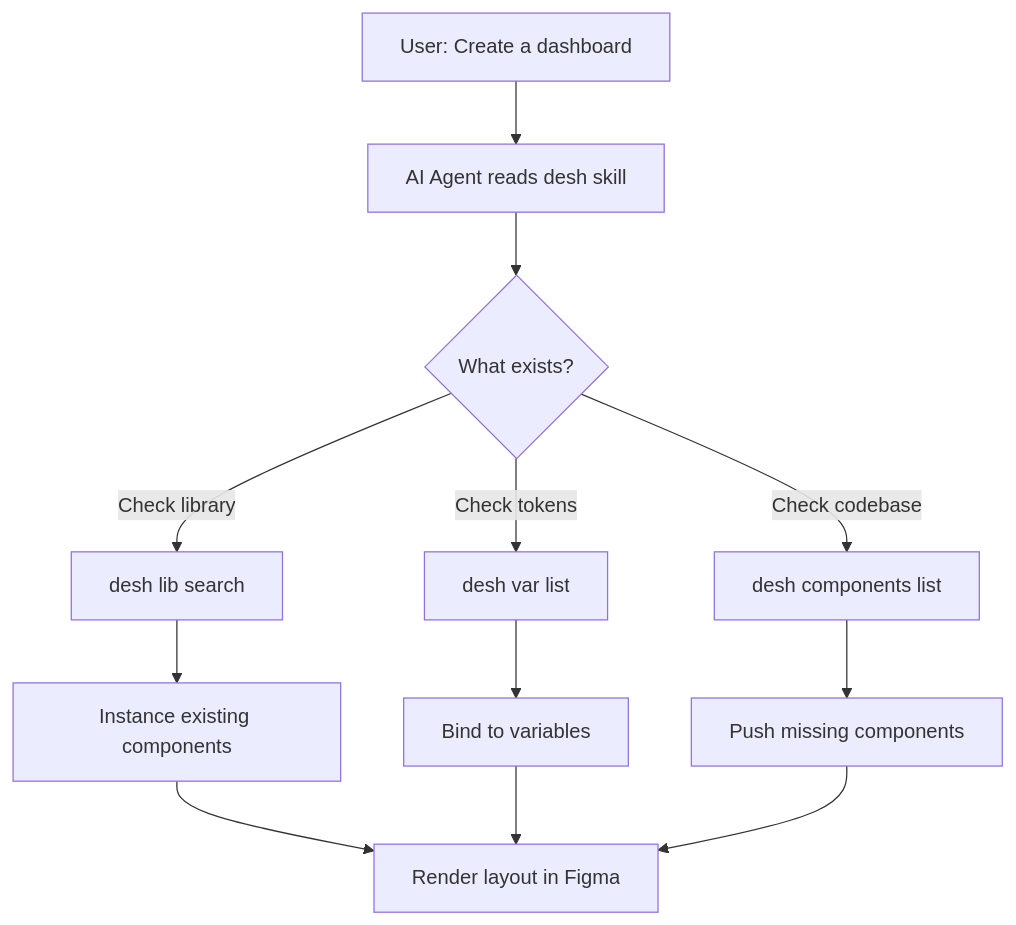
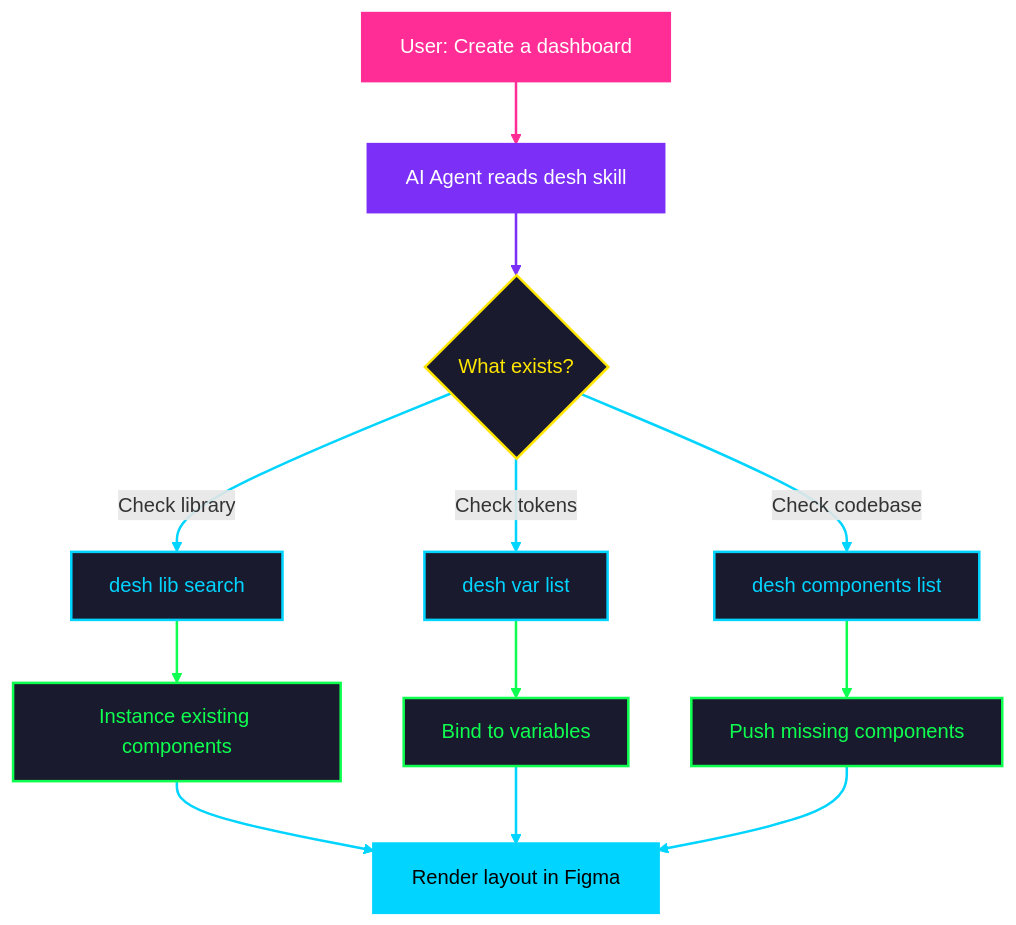
The second of 2 diagrams in README.md (scanadi/scanadi-desh-cli), drawn with Mermaid before and after one commit. The commit also changed other lines of this file, not shown here.

Commit message:
docs: cyberpunk neon colors on mermaid diagrams

````diff
--- a/README.md
+++ b/README.md
@@ -283,14 +293,33 @@
 ```mermaid
 graph TD
-    A[User: Create a dashboard] --> B[AI Agent reads desh skill]
-    B --> C{What exists?}
-    C -->|Check library| D[desh lib search]
-    C -->|Check tokens| E[desh var list]
-    C -->|Check codebase| F[desh components list]
-    D --> G[Instance existing components]
-    E --> H[Bind to variables]
-    F --> I[Push missing components]
-    G --> J[Render layout in Figma]
+    A[User: Create a dashboard]:::neonPink --> B[AI Agent reads desh skill]:::neonPurple
+    B --> C{What exists?}:::neonYellow
+    C -->|Check library| D[desh lib search]:::neonBlue
+    C -->|Check tokens| E[desh var list]:::neonBlue
+    C -->|Check codebase| F[desh components list]:::neonBlue
+    D --> G[Instance existing components]:::neonGreen
+    E --> H[Bind to variables]:::neonGreen
+    F --> I[Push missing components]:::neonGreen
+    G --> J[Render layout in Figma]:::neonCyan
     H --> J
     I --> J
+
+    classDef neonPink fill:#ff2d95,stroke:#ff2d95,color:#fff,stroke-width:2px
+    classDef neonPurple fill:#7b2ff7,stroke:#7b2ff7,color:#fff,stroke-width:2px
+    classDef neonBlue fill:#1a1a2e,stroke:#00d4ff,color:#00d4ff,stroke-width:2px
+    classDef neonGreen fill:#1a1a2e,stroke:#0fff50,color:#0fff50,stroke-width:2px
+    classDef neonYellow fill:#1a1a2e,stroke:#ffe600,color:#ffe600,stroke-width:2px
+    classDef neonCyan fill:#00d4ff,stroke:#00d4ff,color:#000,stroke-width:3px
+
+    linkStyle 0 stroke:#ff2d95,stroke-width:2px
+    linkStyle 1 stroke:#7b2ff7,stroke-width:2px
+    linkStyle 2 stroke:#00d4ff,stroke-width:2px
+    linkStyle 3 stroke:#00d4ff,stroke-width:2px
+    linkStyle 4 stroke:#00d4ff,stroke-width:2px
+    linkStyle 5 stroke:#0fff50,stroke-width:2px
+    linkStyle 6 stroke:#0fff50,stroke-width:2px
+    linkStyle 7 stroke:#0fff50,stroke-width:2px
+    linkStyle 8 stroke:#00d4ff,stroke-width:2px
+    linkStyle 9 stroke:#00d4ff,stroke-width:2px
+    linkStyle 10 stroke:#00d4ff,stroke-width:2px
 ```
````
